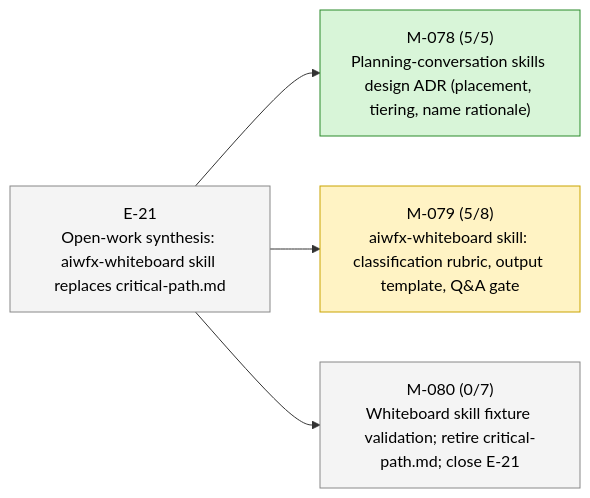
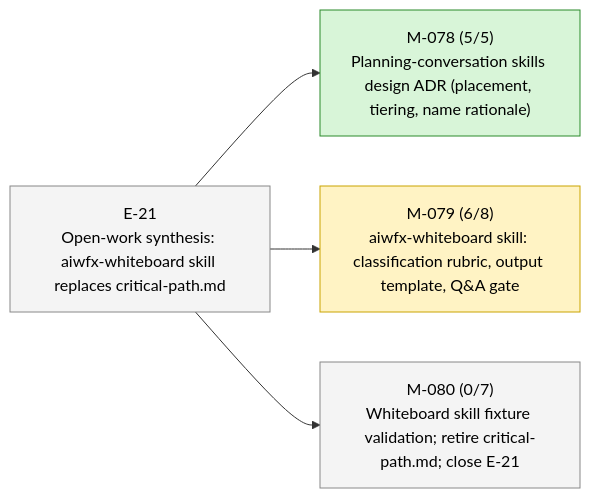
One commit to 23min/aiwf changed the second of 2 diagrams in STATUS.md. Above: the diagram before and after it, drawn with Mermaid. The commit also changed other lines of this file and 1 other file, not shown here.

````diff
--- a/STATUS.md
+++ b/STATUS.md
@@ -47,16 +47,16 @@
 ```mermaid
 flowchart LR
   E_21["E-21<br/>Open-work synthesis: aiwfx-whiteboard skill replaces critical-path.md"]:::epic_proposed
   M_078["M-078 (5/5)<br/>Planning-conversation skills design ADR (placement, tiering, name rationale)"]:::ms_done
   E_21 --> M_078
-  M_079["M-079 (5/8)<br/>aiwfx-whiteboard skill: classification rubric, output template, Q&A gate"]:::ms_in_progress
+  M_079["M-079 (6/8)<br/>aiwfx-whiteboard skill: classification rubric, output template, Q&A gate"]:::ms_in_progress
   E_21 --> M_079
   M_080["M-080 (0/7)<br/>Whiteboard skill fixture validation; retire critical-path.md; close E-21"]:::ms_draft
   E_21 --> M_080
   classDef epic_active fill:#d6eaff,stroke:#1a73e8,color:#000
   classDef epic_proposed fill:#f4f4f4,stroke:#888,color:#000
   classDef ms_done fill:#d8f5d8,stroke:#2a8a2a,color:#000
   classDef ms_in_progress fill:#fff3c4,stroke:#caa400,color:#000
   classDef ms_draft fill:#f4f4f4,stroke:#888,color:#000
   classDef ms_cancelled fill:#fbeaea,stroke:#c33,color:#000
 ```
````
